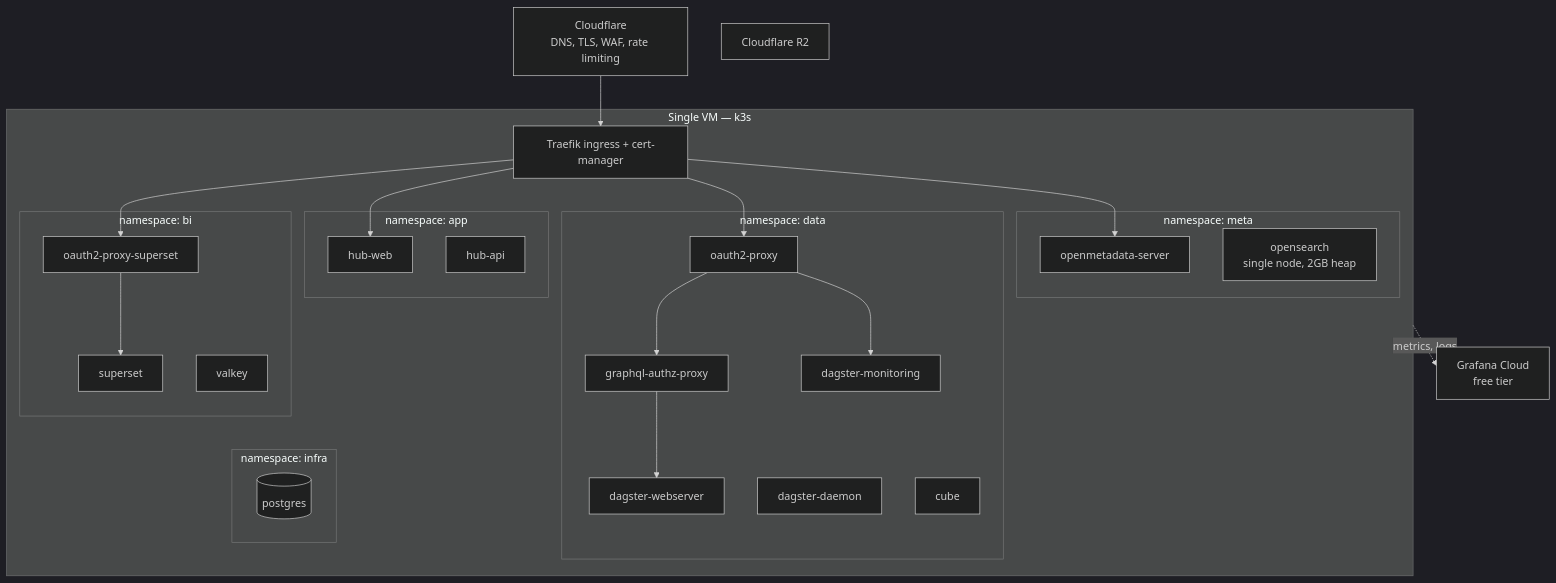
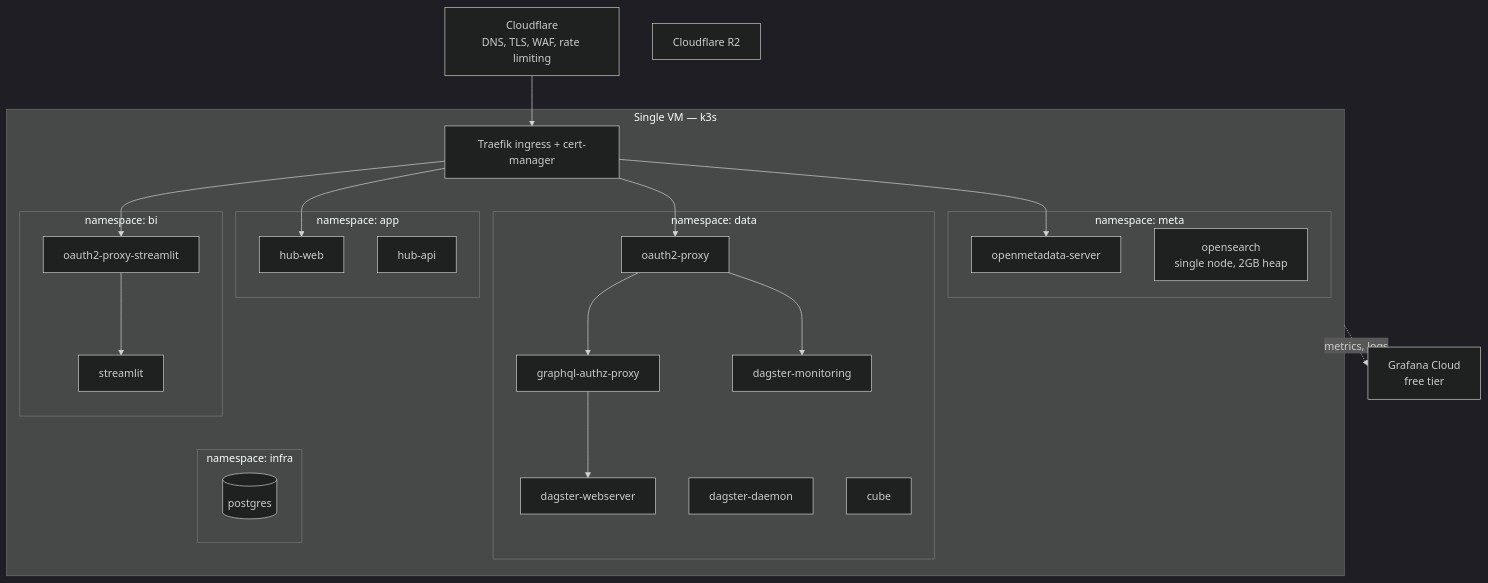
The third of 3 diagrams in docs/ARCHITECTURE.md (kgmcquate/open-health-data-platform), drawn with Mermaid (dark theme) before and after one commit. The commit also changed other lines of this file and 45 other files, not shown here.

````diff
--- a/docs/ARCHITECTURE.md
+++ b/docs/ARCHITECTURE.md
@@ -154,51 +152,50 @@
 ```mermaid
 flowchart TB
     CF["Cloudflare<br/>DNS, TLS, WAF, rate limiting"]
 
     subgraph vm["Single VM — k3s"]
         ING["Traefik ingress + cert-manager"]
 
         subgraph nsapp["namespace: app"]
             A1["hub-web"]
             A2["hub-api"]
         end
 
         subgraph nsdata["namespace: data"]
             D1["dagster-webserver"]
             D2["dagster-daemon"]
             D3["graphql-authz-proxy"]
             D4["oauth2-proxy"]
             D5["dagster-monitoring"]
             D6["cube"]
         end
 
         subgraph nsbi["namespace: bi"]
-            B0["oauth2-proxy-superset"]
-            B1["superset"]
-            B2["valkey"]
+            B0["oauth2-proxy-streamlit"]
+            B1["streamlit"]
         end
 
         subgraph nsmeta["namespace: meta"]
             M1["openmetadata-server"]
             M2["opensearch<br/>single node, 2GB heap"]
         end
 
         subgraph nsinfra["namespace: infra"]
             P1[("postgres")]
         end
     end
 
     R2["Cloudflare R2"]
     GC["Grafana Cloud<br/>free tier"]
 
     CF --> ING
     ING --> A1
     ING --> D4
     ING --> B0
     ING --> M1
     D4 --> D3
     D4 --> D5
     D3 --> D1
     B0 --> B1
     vm -.->|metrics, logs| GC
 ```
````
